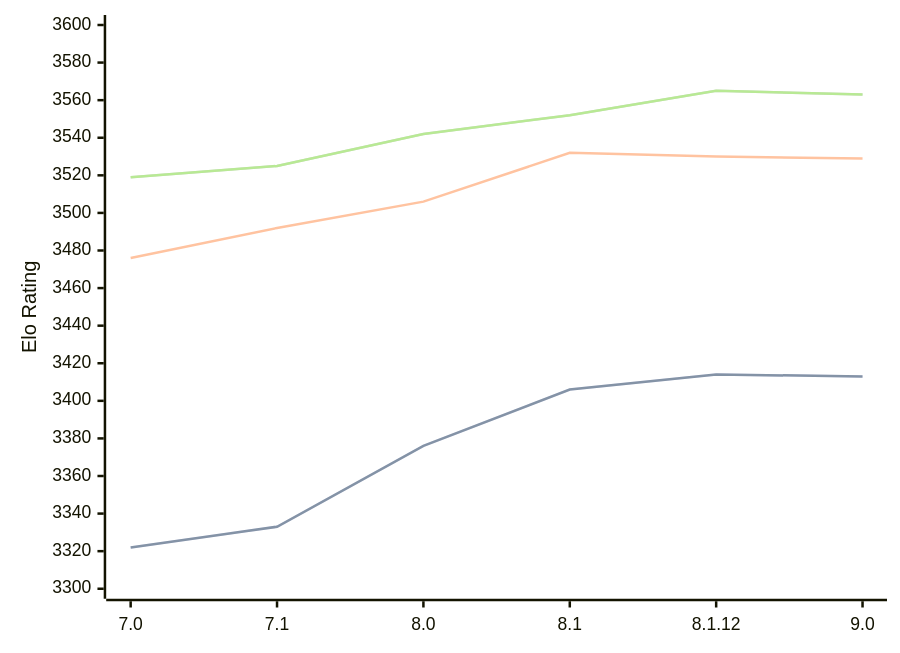
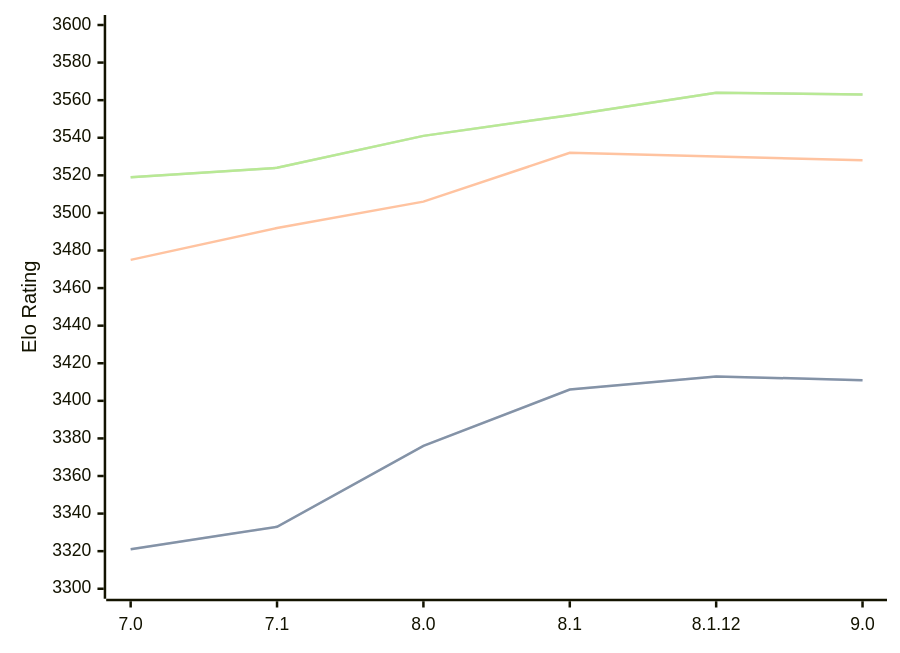
Before and after one commit to computer-chess-index/cci: the third of 3 diagrams in engines/Alexandria.md, drawn with Mermaid. The commit also changed other lines of this file, not shown here.

Commit message:
Update CCI Ratings (ELO VLTC) - 2026-06-27

````diff
--- a/engines/Alexandria.md
+++ b/engines/Alexandria.md
@@ -88,11 +88,11 @@
 ```mermaid
 %%{init: {"theme":"base","themeVariables":{"seriesColors:['#a3a3a3','#222221','#faa371']}}}%%
 xychart-beta
   x-axis ["7.0", "7.1", "8.0", "8.1", "8.1.12", "9.0"]
   y-axis "Elo Rating" 3300 --> 3600
-  line "STC (8.0+0.08s)" [3322, 3333, 3376, 3406, 3414, 3413]
-  line "STC (8.0+0.08s)" [3322, 3333, 3376, 3406, 3414, 3413]
-  line "LTC (60.0+0.60s)" [3476, 3492, 3506, 3532, 3530, 3529]
-  line "VLTC (2m24s+1.12s)" [3519, 3525, 3542, 3552, 3565, 3563]
-  line "VLTC (2m24s+1.12s)" [3519, 3525, 3542, 3552, 3565, 3563]
+  line "STC (8.0+0.08s)" [3321, 3333, 3376, 3406, 3413, 3411]
+  line "STC (8.0+0.08s)" [3321, 3333, 3376, 3406, 3413, 3411]
+  line "LTC (60.0+0.60s)" [3475, 3492, 3506, 3532, 3530, 3528]
+  line "VLTC (2m24s+1.12s)" [3519, 3524, 3541, 3552, 3564, 3563]
+  line "VLTC (2m24s+1.12s)" [3519, 3524, 3541, 3552, 3564, 3563]
 ```
````
